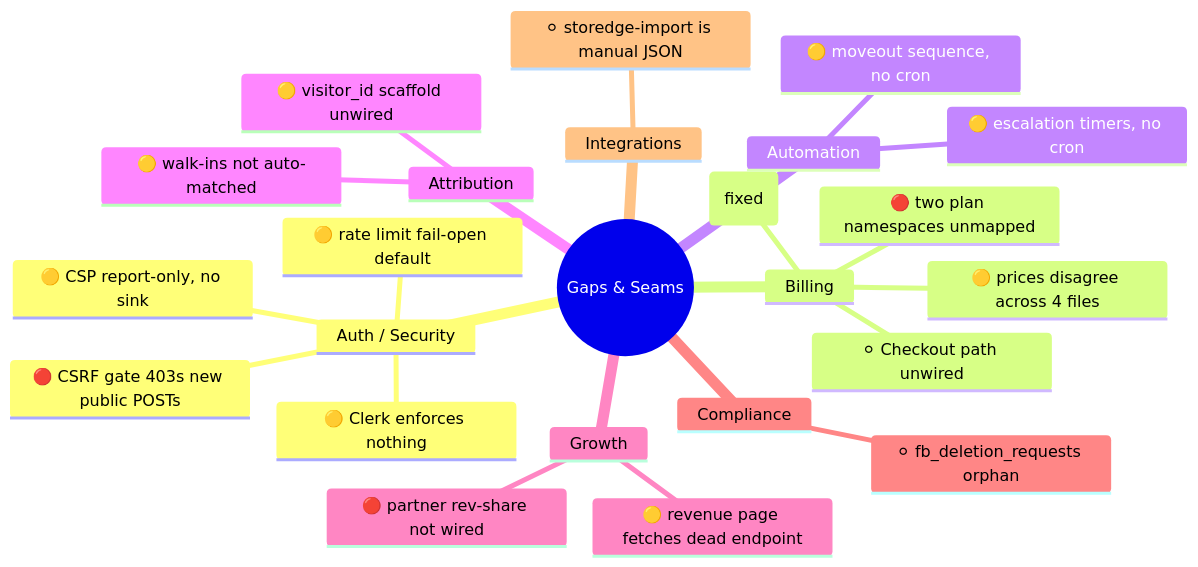
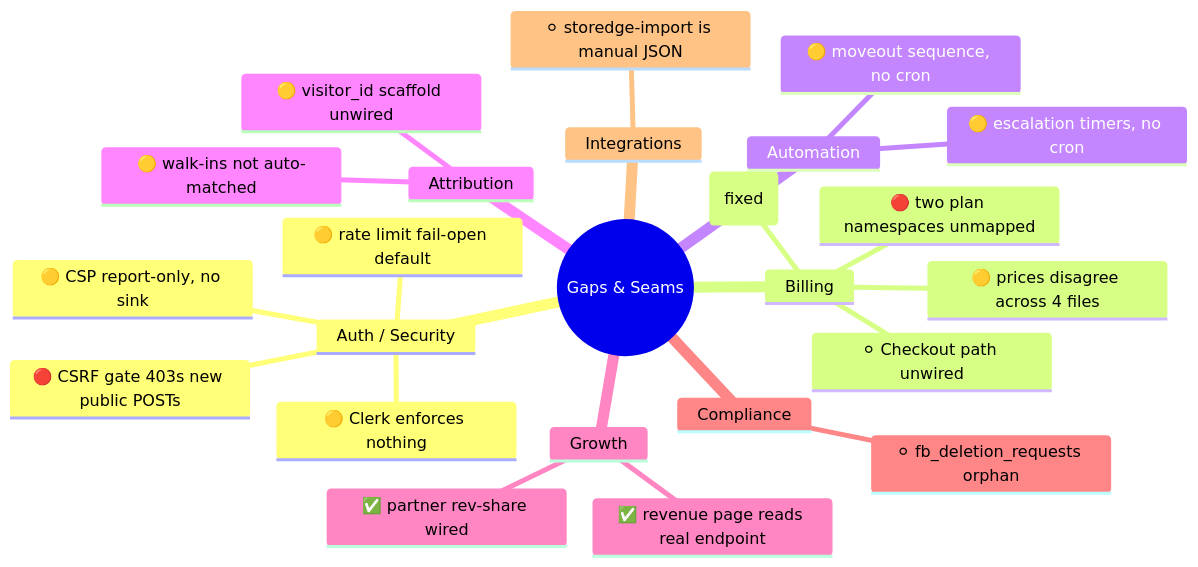
One commit to conceptsdeveloped/stowstack-next changed the diagram in docs/systems/13-gaps-and-seams.md. Above: the diagram before and after it, drawn with Mermaid. The commit also changed other lines of this file and 8 other files, not shown here.

````diff
--- a/docs/systems/13-gaps-and-seams.md
+++ b/docs/systems/13-gaps-and-seams.md
@@ -11,27 +11,27 @@
 ```mermaid
 mindmap
   root((Gaps & Seams))
     Auth / Security
       🔴 CSRF gate 403s new public POSTs
       🟡 Clerk enforces nothing
       🟡 CSP report-only, no sink
       🟡 rate limit fail-open default
     Billing
       ✅ stripe_subscription_id now persisted (fixed)
       🔴 two plan namespaces unmapped
       🟡 prices disagree across 4 files
       ⚪ Checkout path unwired
     Automation
       🟡 escalation timers, no cron
       🟡 moveout sequence, no cron
     Attribution
       🟡 visitor_id scaffold unwired
       🟡 walk-ins not auto-matched
     Growth
-      🔴 partner rev-share not wired
-      🟡 revenue page fetches dead endpoint
+      ✅ partner rev-share wired
+      ✅ revenue page reads real endpoint
     Compliance
       ⚪ fb_deletion_requests orphan
     Integrations
       ⚪ storedge-import is manual JSON
 ```
````
